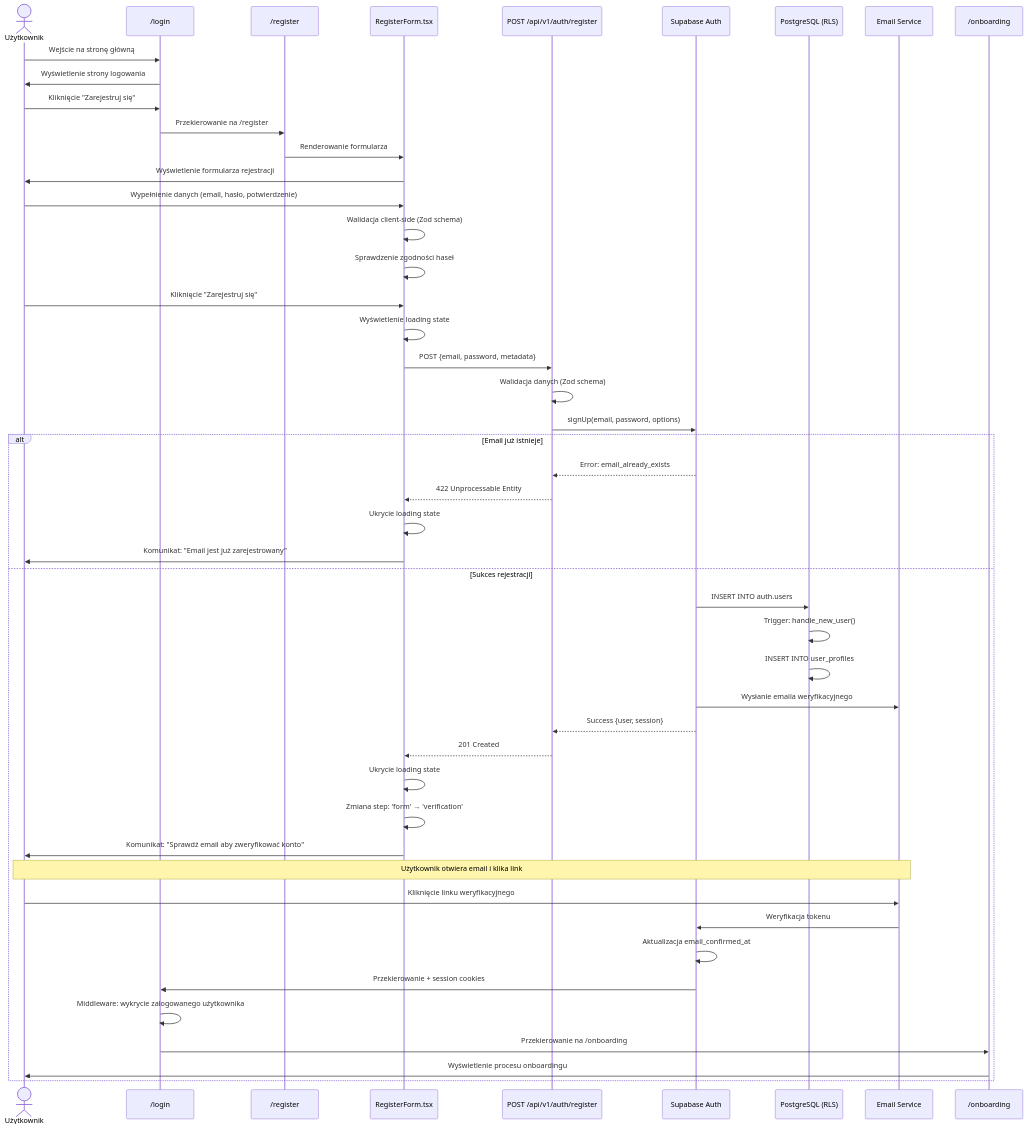
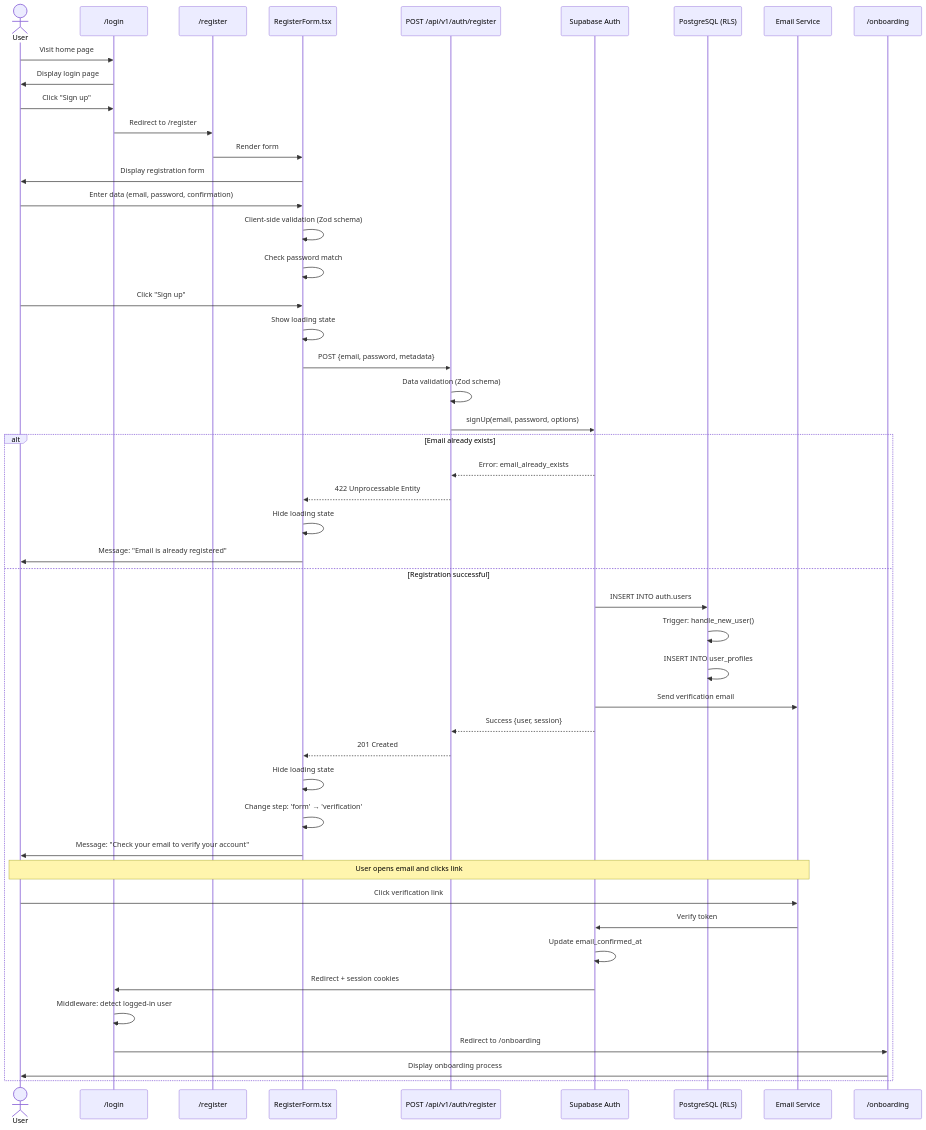
The second of 10 diagrams in .ai/auth-journey-diagram.md (Filipsky5/traning-planner), drawn with Mermaid before and after one commit. The commit also changed other lines of this file and 31 other files, not shown here.

````diff
--- a/.ai/auth-journey-diagram.md
+++ b/.ai/auth-journey-diagram.md
@@ -49,56 +49,56 @@
 ```mermaid
 sequenceDiagram
-    actor U as Użytkownik
+    actor U as User
     participant LP as /login
     participant RP as /register
     participant RF as RegisterForm.tsx
     participant API as POST /api/v1/auth/register
     participant SB as Supabase Auth
     participant DB as PostgreSQL (RLS)
     participant Email as Email Service
     participant OB as /onboarding
 
-    U->>LP: Wejście na stronę główną
-    LP->>U: Wyświetlenie strony logowania
-    U->>LP: Kliknięcie "Zarejestruj się"
-    LP->>RP: Przekierowanie na /register
-    RP->>RF: Renderowanie formularza
-    RF->>U: Wyświetlenie formularza rejestracji
+    U->>LP: Visit home page
+    LP->>U: Display login page
+    U->>LP: Click "Sign up"
+    LP->>RP: Redirect to /register
+    RP->>RF: Render form
+    RF->>U: Display registration form
 
-    U->>RF: Wypełnienie danych (email, hasło, potwierdzenie)
-    RF->>RF: Walidacja client-side (Zod schema)
-    RF->>RF: Sprawdzenie zgodności haseł
+    U->>RF: Enter data (email, password, confirmation)
+    RF->>RF: Client-side validation (Zod schema)
+    RF->>RF: Check password match
 
-    U->>RF: Kliknięcie "Zarejestruj się"
-    RF->>RF: Wyświetlenie loading state
+    U->>RF: Click "Sign up"
+    RF->>RF: Show loading state
     RF->>API: POST {email, password, metadata}
-    API->>API: Walidacja danych (Zod schema)
+    API->>API: Data validation (Zod schema)
     API->>SB: signUp(email, password, options)
 
-    alt Email już istnieje
+    alt Email already exists
         SB-->>API: Error: email_already_exists
         API-->>RF: 422 Unprocessable Entity
-        RF->>RF: Ukrycie loading state
-        RF->>U: Komunikat: "Email jest już zarejestrowany"
-    else Sukces rejestracji
+        RF->>RF: Hide loading state
+        RF->>U: Message: "Email is already registered"
+    else Registration successful
         SB->>DB: INSERT INTO auth.users
         DB->>DB: Trigger: handle_new_user()
         DB->>DB: INSERT INTO user_profiles
-        SB->>Email: Wysłanie emaila weryfikacyjnego
+        SB->>Email: Send verification email
         SB-->>API: Success {user, session}
         API-->>RF: 201 Created
-        RF->>RF: Ukrycie loading state
-        RF->>RF: Zmiana step: 'form' → 'verification'
-        RF->>U: Komunikat: "Sprawdź email aby zweryfikować konto"
+        RF->>RF: Hide loading state
+        RF->>RF: Change step: 'form' → 'verification'
+        RF->>U: Message: "Check your email to verify your account"
 
-        Note over U,Email: Użytkownik otwiera email i klika link
+        Note over U,Email: User opens email and clicks link
 
-        U->>Email: Kliknięcie linku weryfikacyjnego
-        Email->>SB: Weryfikacja tokenu
-        SB->>SB: Aktualizacja email_confirmed_at
-        SB->>LP: Przekierowanie + session cookies
-        LP->>LP: Middleware: wykrycie zalogowanego użytkownika
-        LP->>OB: Przekierowanie na /onboarding
-        OB->>U: Wyświetlenie procesu onboardingu
+        U->>Email: Click verification link
+        Email->>SB: Verify token
+        SB->>SB: Update email_confirmed_at
+        SB->>LP: Redirect + session cookies
+        LP->>LP: Middleware: detect logged-in user
+        LP->>OB: Redirect to /onboarding
+        OB->>U: Display onboarding process
     end
 ```
````
